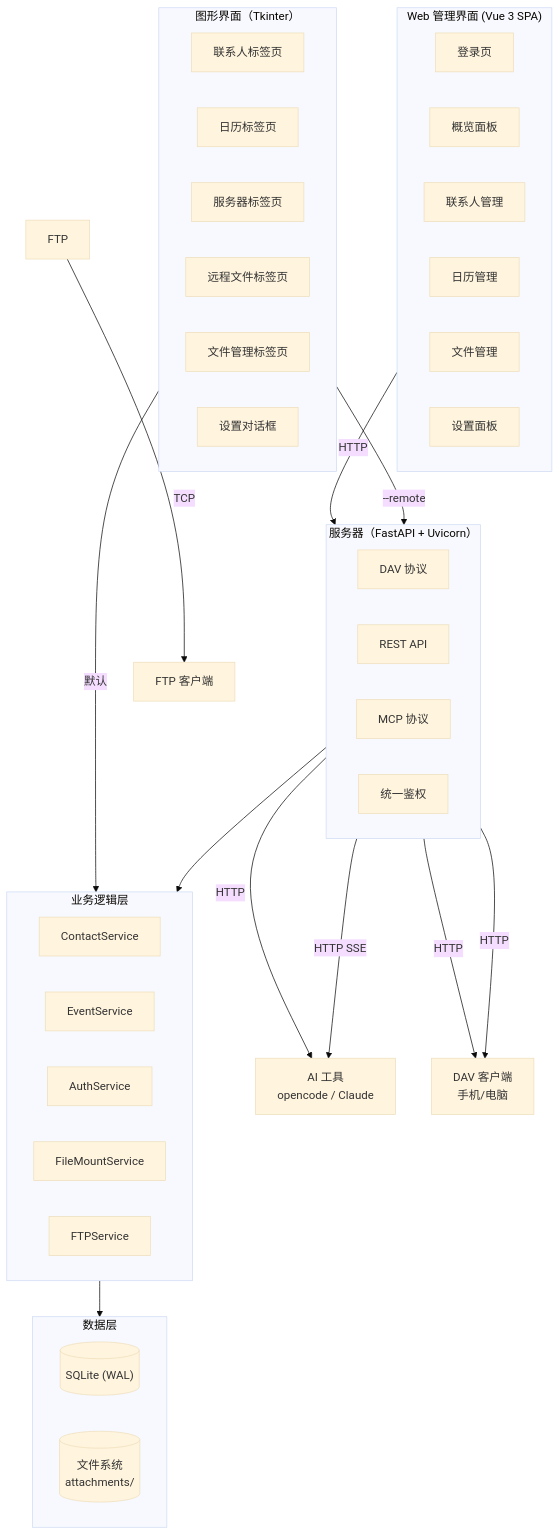
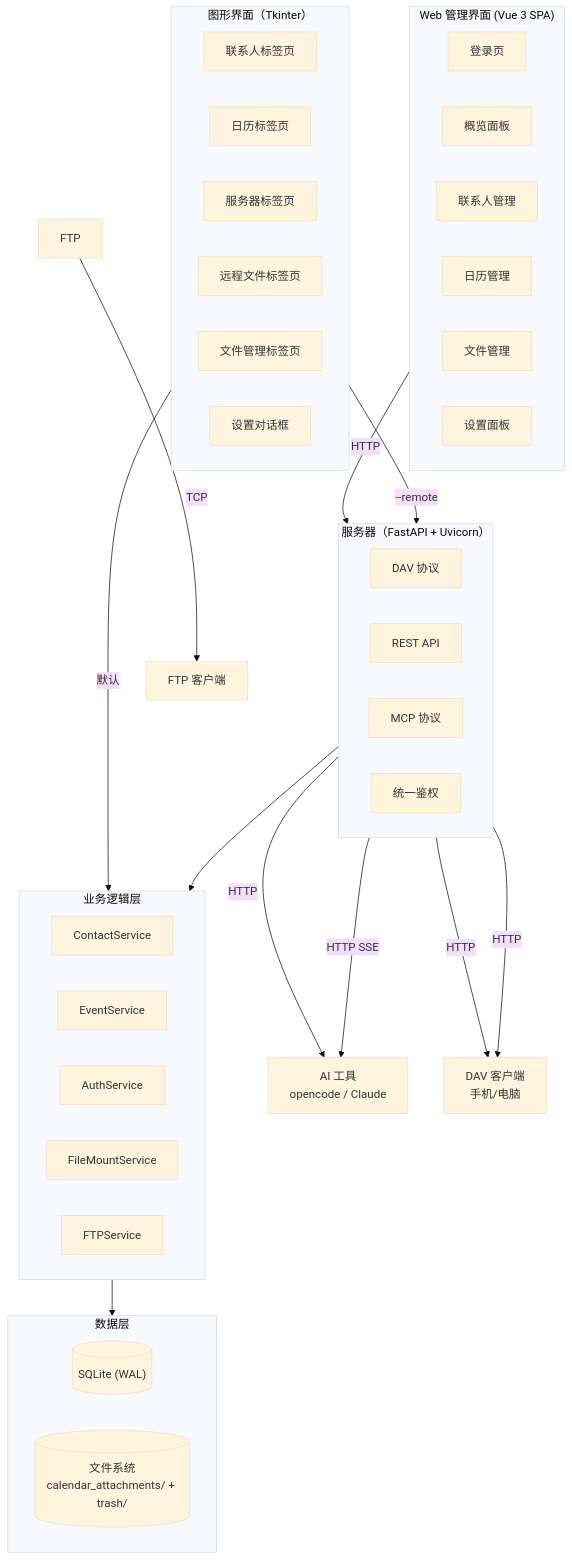
Before and after one commit to hunyanjie/PersonalDAV: the diagram in README.md, drawn with Mermaid (base theme). The commit also changed other lines of this file and 2 other files, not shown here.

````diff
--- a/README.md
+++ b/README.md
@@ -296,55 +308,55 @@
 ```mermaid
 graph TB
     subgraph WebUI["Web 管理界面 (Vue 3 SPA)"]
         direction LR
         WLogin["登录页"]
         WDash["概览面板"]
         WContacts["联系人管理"]
         WCal["日历管理"]
         WFiles["文件管理"]
         WSettings["设置面板"]
     end
 
     subgraph GUI["图形界面（Tkinter）"]
         direction LR
         Contacts["联系人标签页"]
         Calendar["日历标签页"]
         Server["服务器标签页"]
         Remote["远程文件标签页"]
         Files["文件管理标签页"]
         Settings["设置对话框"]
     end
 
     subgraph Daemon["服务器（FastAPI + Uvicorn）"]
         direction LR
         DAV["DAV 协议"]
         REST["REST API"]
         MCP["MCP 协议"]
         AUTH["统一鉴权"]
     end
 
     subgraph Service["业务逻辑层"]
         direction LR
         ContactSvc["ContactService"]
         EventSvc["EventService"]
         AuthSvc["AuthService"]
         MountSvc["FileMountService"]
         FTPSvc["FTPService"]
     end
 
     subgraph Data["数据层"]
         DB[("SQLite (WAL)")]
-        FS[("文件系统<br/>attachments/")]
+        FS[("文件系统<br/>calendar_attachments/ + trash/")]
     end
 
     WebUI -->|HTTP| REST
     GUI -->|默认| Service
     GUI -->|--remote| REST
     Daemon --> Service
     Service --> Data
     REST -->|HTTP| AI["AI 工具<br/>opencode / Claude"]
     REST -->|HTTP| Client["DAV 客户端<br/>手机/电脑"]
     DAV -->|HTTP| Client
     MCP -->|HTTP SSE| AI
     FTP -->|TCP| FTPClient["FTP 客户端"]
 ```
````
